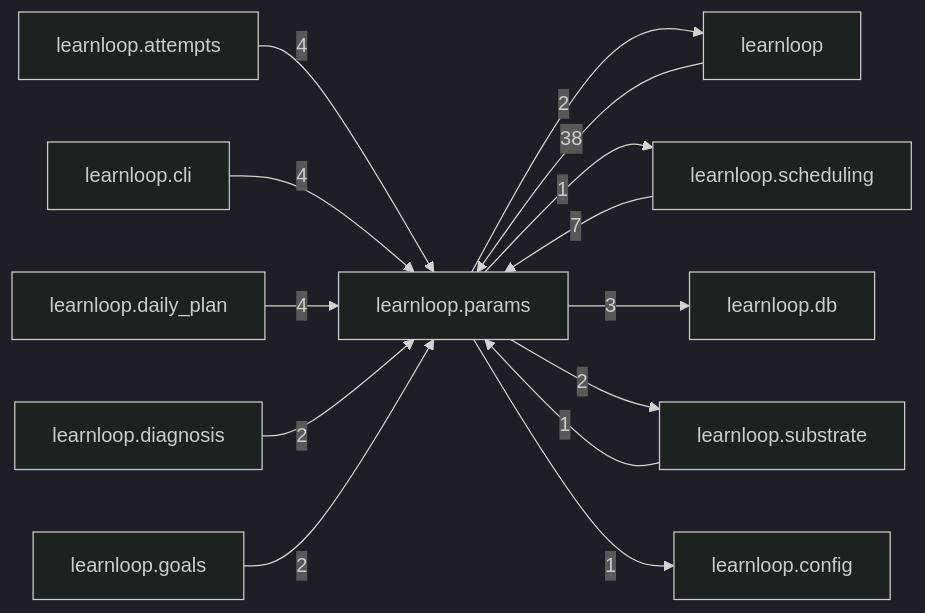
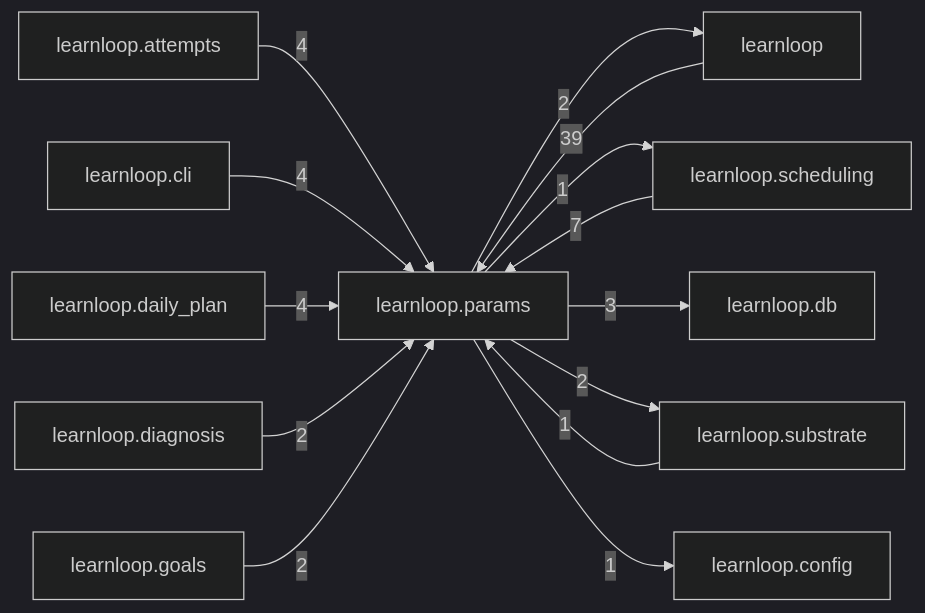
One commit to 6up-b/learnanything changed the diagram in docs/learnloop-architecture-vault/Reference/Modules/learnloop/params/_package.md. Above: the diagram before and after it, drawn with Mermaid (dark theme). The commit also changed other lines of this file and 535 other files, not shown here.

Commit message:
TE3a landing, references: the architecture reference regenerated on the merged tree (DB and configuration reference, head 249, 1181 effective leaves with the two prose counts; desktop and module catalogs; vault validated)

````diff
--- a/docs/learnloop-architecture-vault/Reference/Modules/learnloop/params/_package.md
+++ b/docs/learnloop-architecture-vault/Reference/Modules/learnloop/params/_package.md
@@ -90,27 +90,27 @@
 ```mermaid
 flowchart LR
     center["learnloop.params"]
     n_learnloop["learnloop"]
     n_learnloop_scheduling["learnloop.scheduling"]
     n_learnloop_attempts["learnloop.attempts"]
     n_learnloop_cli["learnloop.cli"]
     n_learnloop_daily_plan["learnloop.daily_plan"]
     n_learnloop_db["learnloop.db"]
     n_learnloop_substrate["learnloop.substrate"]
     n_learnloop_diagnosis["learnloop.diagnosis"]
     n_learnloop_goals["learnloop.goals"]
     n_learnloop_config["learnloop.config"]
-    n_learnloop -->|38| center
+    n_learnloop -->|39| center
     center -->|2| n_learnloop
     n_learnloop_scheduling -->|7| center
     center -->|1| n_learnloop_scheduling
     n_learnloop_attempts -->|4| center
     n_learnloop_cli -->|4| center
     n_learnloop_daily_plan -->|4| center
     center -->|3| n_learnloop_db
     n_learnloop_substrate -->|1| center
     center -->|2| n_learnloop_substrate
     n_learnloop_diagnosis -->|2| center
     n_learnloop_goals -->|2| center
     center -->|1| n_learnloop_config
 ```
````
